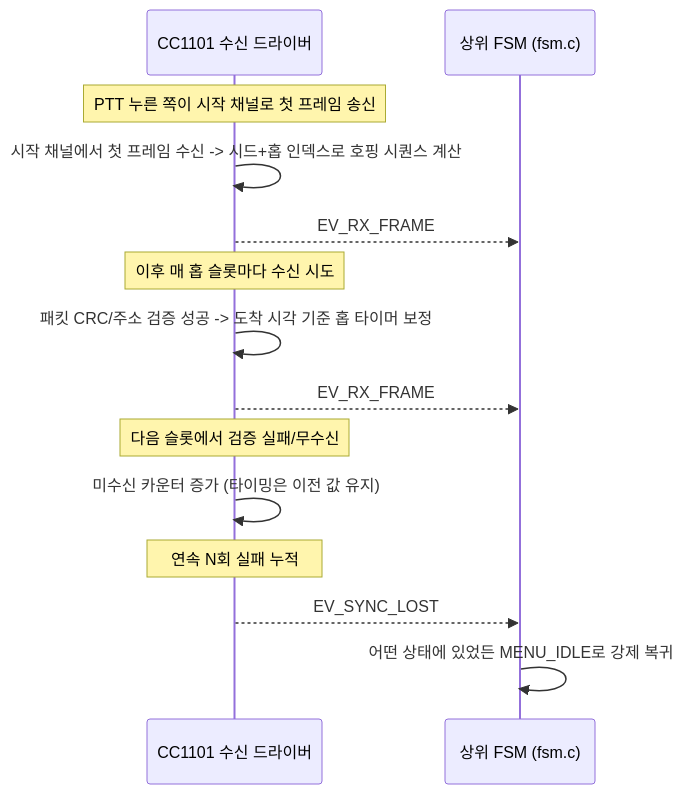
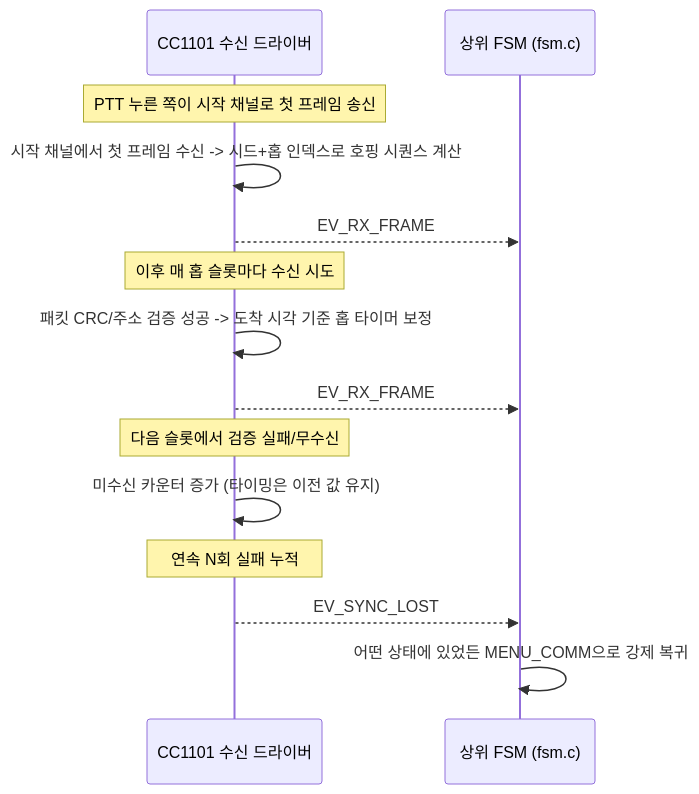
Before and after one commit to fhss-ota-radio/firmware-esp32: the first of 2 diagrams in fhss-ota-radio/docs/fsm-design.md, drawn with Mermaid. The commit also changed other lines of this file and 9 other files, not shown here.

````diff
--- a/fhss-ota-radio/docs/fsm-design.md
+++ b/fhss-ota-radio/docs/fsm-design.md
@@ -60,20 +62,20 @@
 ```mermaid
 sequenceDiagram
     participant Radio as CC1101 수신 드라이버
     participant App as 상위 FSM (fsm.c)
 
     Note over Radio: PTT 누른 쪽이 시작 채널로 첫 프레임 송신
     Radio->>Radio: 시작 채널에서 첫 프레임 수신 -> 시드+홉 인덱스로 호핑 시퀀스 계산
     Radio-->>App: EV_RX_FRAME
 
     Note over Radio: 이후 매 홉 슬롯마다 수신 시도
     Radio->>Radio: 패킷 CRC/주소 검증 성공 -> 도착 시각 기준 홉 타이머 보정
     Radio-->>App: EV_RX_FRAME
 
     Note over Radio: 다음 슬롯에서 검증 실패/무수신
     Radio->>Radio: 미수신 카운터 증가 (타이밍은 이전 값 유지)
 
     Note over Radio: 연속 N회 실패 누적
     Radio-->>App: EV_SYNC_LOST
-    App->>App: 어떤 상태에 있었든 MENU_IDLE로 강제 복귀
+    App->>App: 어떤 상태에 있었든 MENU_COMM으로 강제 복귀
 ```
````
